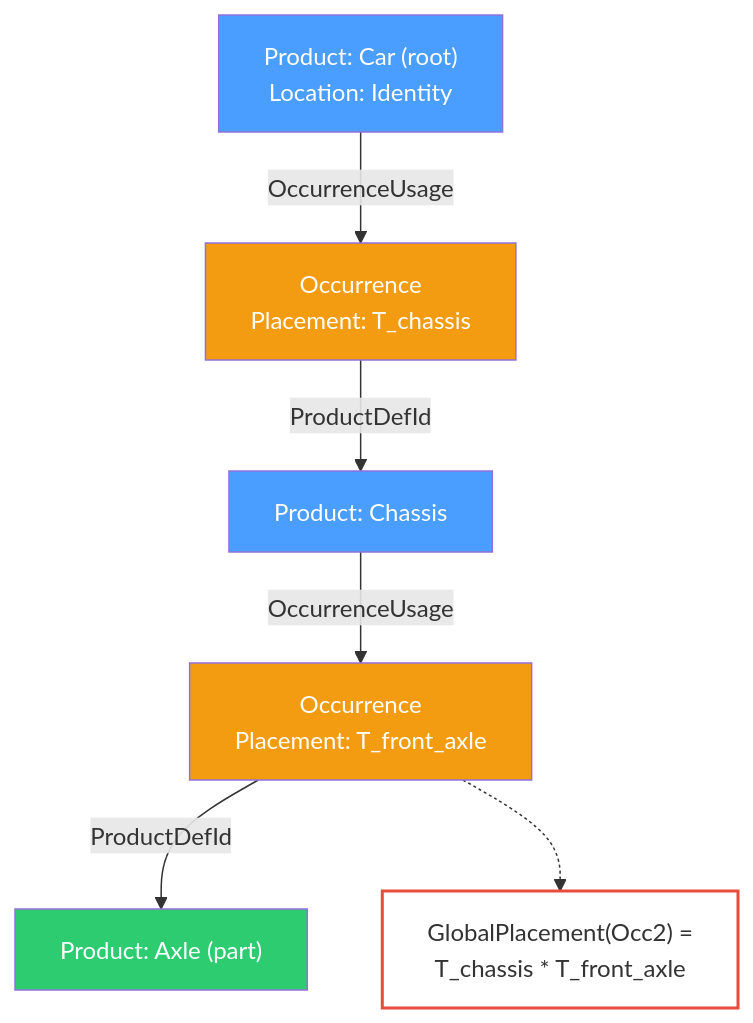
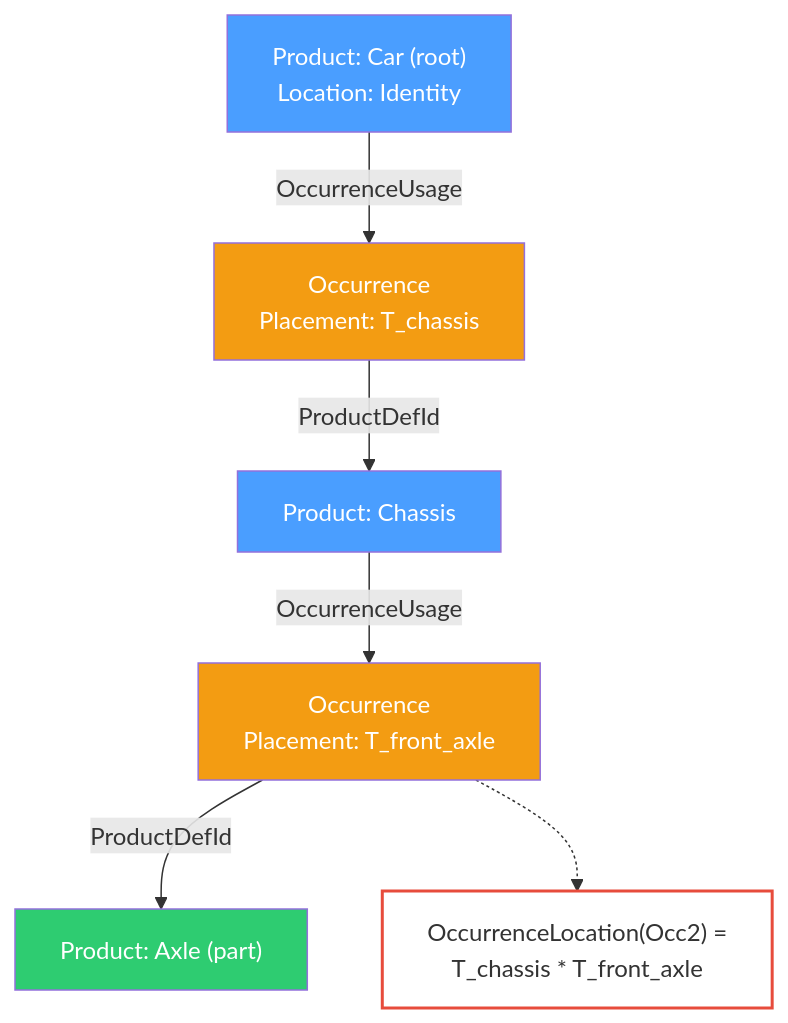
One commit to Open-Cascade-SAS/OCCT changed the ninth of 9 diagrams in src/ModelingData/TKBRep/BRepGraph/TODO_Assembly_Visualization.md. Above: the diagram before and after it, drawn with Mermaid. The commit also changed other lines of this file and 4 other files, not shown here.

````diff
--- a/src/ModelingData/TKBRep/BRepGraph/TODO_Assembly_Visualization.md
+++ b/src/ModelingData/TKBRep/BRepGraph/TODO_Assembly_Visualization.md
@@ -354,24 +354,24 @@
 ```mermaid
 flowchart TD
     Root["Product: Car (root)<br/>Location: Identity"]
     Occ1["Occurrence<br/>Placement: T_chassis"]
     Chassis["Product: Chassis"]
     Occ2["Occurrence<br/>Placement: T_front_axle"]
     Axle["Product: Axle (part)"]
 
     Root -->|OccurrenceUsage| Occ1
     Occ1 -->|ProductDefId| Chassis
     Chassis -->|OccurrenceUsage| Occ2
     Occ2 -->|ProductDefId| Axle
 
-    GlobalLoc["GlobalPlacement(Occ2) =<br/>T_chassis * T_front_axle"]
+    GlobalLoc["OccurrenceLocation(Occ2) =<br/>T_chassis * T_front_axle"]
 
     Occ2 -.-> GlobalLoc
 
     style Root fill:#4a9eff,color:#fff
     style Chassis fill:#4a9eff,color:#fff
     style Axle fill:#2ecc71,color:#fff
     style Occ1 fill:#f39c12,color:#fff
     style Occ2 fill:#f39c12,color:#fff
     style GlobalLoc fill:#fff,stroke:#e74c3c,stroke-width:2px
 ```
````
